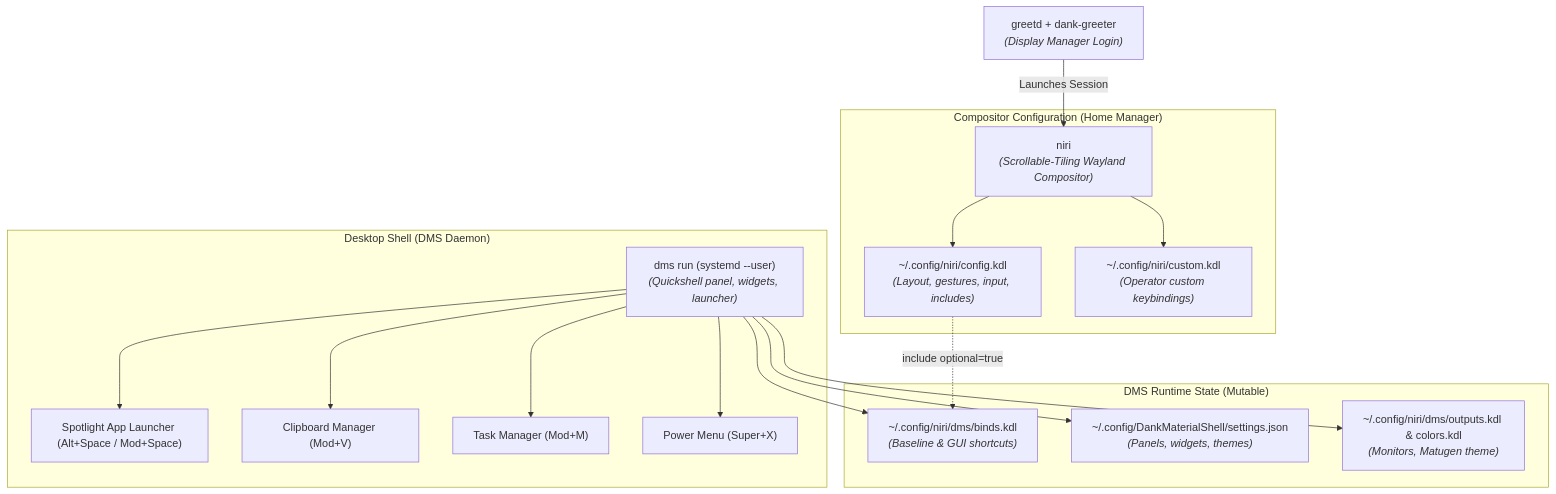
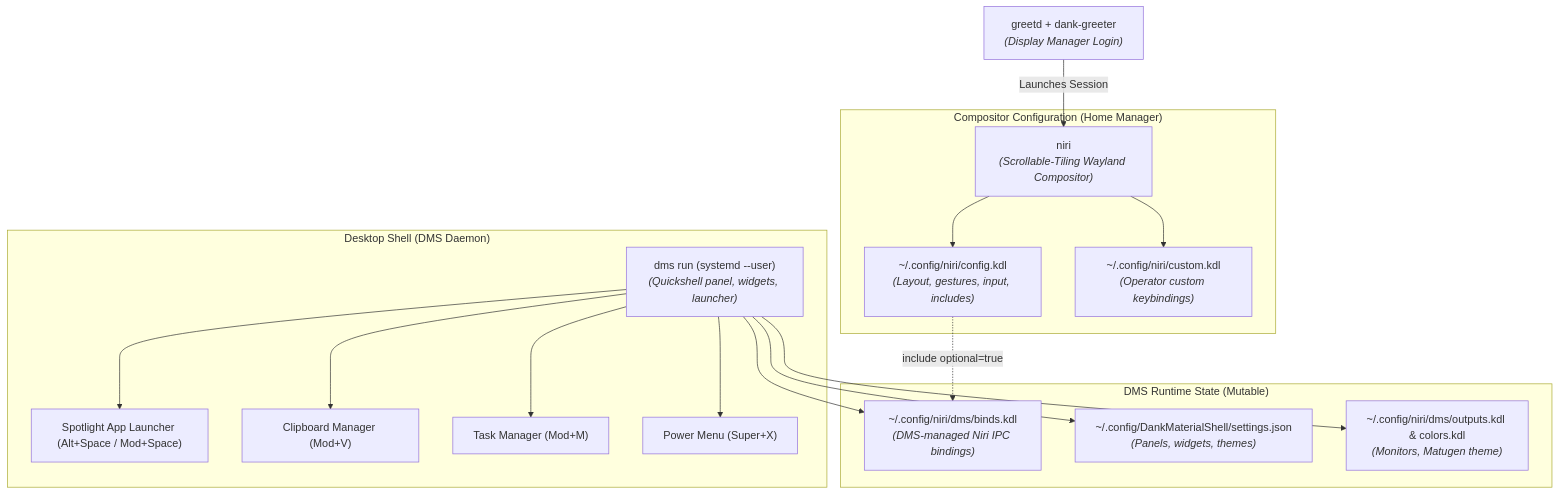
The diagram in docs/desktop.md (kiskaadee/nixos-config), drawn with Mermaid before and after one commit. The commit also changed other lines of this file and 5 other files, not shown here.

Commit message:
docs: refine DMS IPC terminology, reproducibility invariants, and tmux prefix

````diff
--- a/docs/desktop.md
+++ b/docs/desktop.md
@@ -11,25 +11,25 @@
 ```mermaid
 graph TD
     GREETD["greetd + dank-greeter<br/><i>(Display Manager Login)</i>"] -->|Launches Session| NIRI["niri<br/><i>(Scrollable-Tiling Wayland Compositor)</i>"]
 
     subgraph "Compositor Configuration (Home Manager)"
         NIRI --> CFG["~/.config/niri/config.kdl<br/><i>(Layout, gestures, input, includes)</i>"]
         NIRI --> CUST["~/.config/niri/custom.kdl<br/><i>(Operator custom keybindings)</i>"]
     end
 
     subgraph "Desktop Shell (DMS Daemon)"
         DMS["dms run (systemd --user)<br/><i>(Quickshell panel, widgets, launcher)</i>"]
         DMS --> SPOTLIGHT["Spotlight App Launcher (Alt+Space / Mod+Space)"]
         DMS --> CLIPBOARD["Clipboard Manager (Mod+V)"]
         DMS --> TASKMGR["Task Manager (Mod+M)"]
         DMS --> POWERMENU["Power Menu (Super+X)"]
     end
 
     subgraph "DMS Runtime State (Mutable)"
-        DMS --> BINDS["~/.config/niri/dms/binds.kdl<br/><i>(Baseline & GUI shortcuts)</i>"]
+        DMS --> BINDS["~/.config/niri/dms/binds.kdl<br/><i>(DMS-managed Niri IPC bindings)</i>"]
         DMS --> SETTINGS["~/.config/DankMaterialShell/settings.json<br/><i>(Panels, widgets, themes)</i>"]
         DMS --> DYN["~/.config/niri/dms/outputs.kdl & colors.kdl<br/><i>(Monitors, Matugen theme)</i>"]
     end
 
     CFG -.->|include optional=true| BINDS
 ```
````
